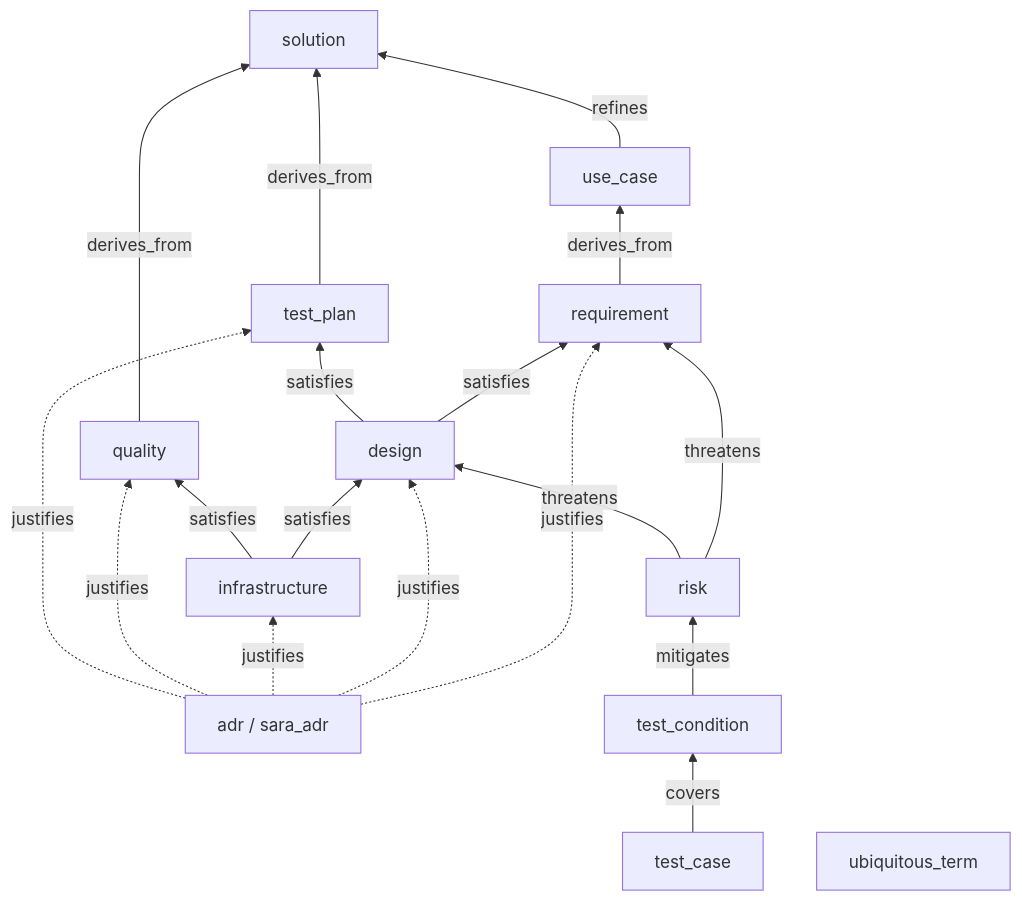
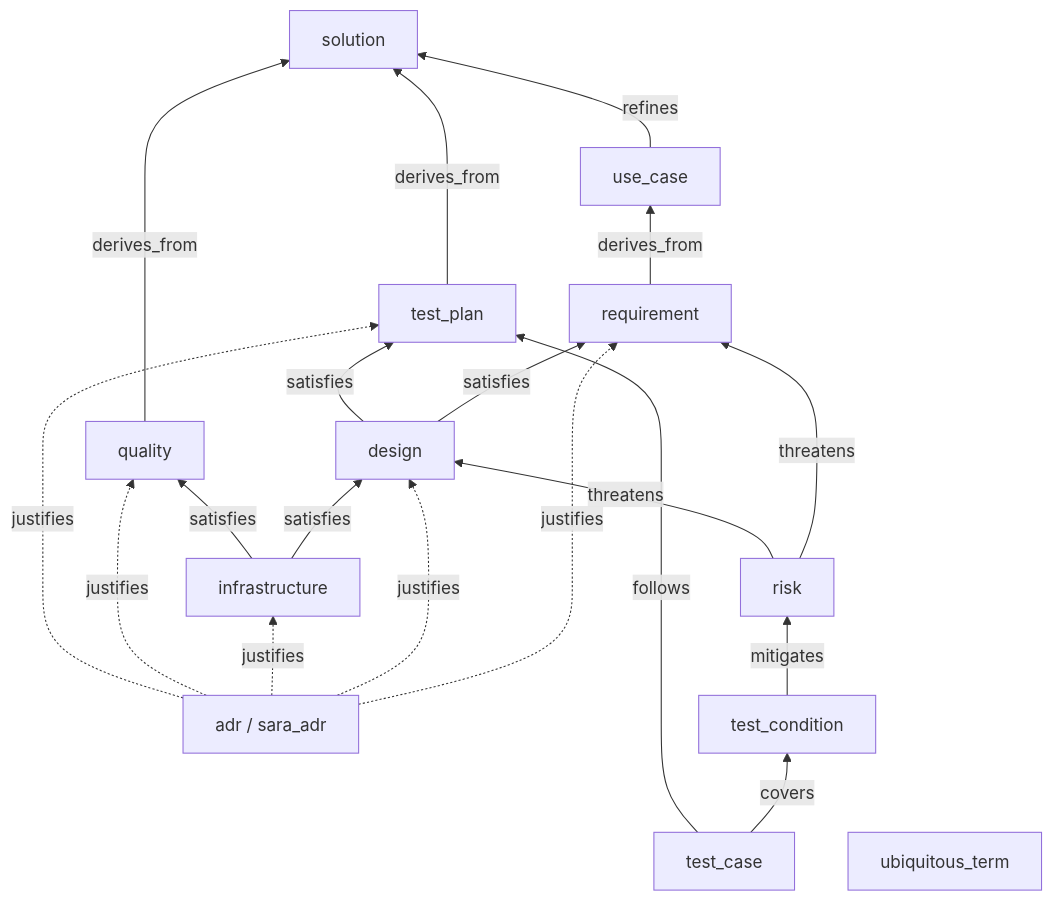
The first of 2 diagrams in docs/agents/sara-graph.md (yasunori0418/layat), drawn with Mermaid before and after one commit. The commit also changed other lines of this file and 4 other files, not shown here.

Commit message:
docs: 型表・図・手順に follows と risk_exempt を反映する

````diff
--- a/docs/agents/sara-graph.md
+++ b/docs/agents/sara-graph.md
@@ -14,33 +14,34 @@
 ```mermaid
 flowchart BT
     SOL[solution]
     UC[use_case]
     REQ[requirement]
     DSG[design]
     QA[quality]
     TP[test_plan]
     INF[infrastructure]
     ADR["adr / sara_adr"]
     RISK[risk]
     TC[test_condition]
     CASE[test_case]
     UBQ[ubiquitous_term]
 
     UC -->|refines| SOL
     REQ -->|derives_from| UC
     DSG -->|satisfies| REQ
     DSG -->|satisfies| TP
     QA -->|derives_from| SOL
     TP -->|derives_from| SOL
     INF -->|satisfies| DSG
     INF -->|satisfies| QA
     RISK -->|threatens| REQ
     RISK -->|threatens| DSG
     TC -->|mitigates| RISK
     CASE -->|covers| TC
+    CASE -->|follows| TP
     ADR -.->|justifies| REQ
     ADR -.->|justifies| DSG
     ADR -.->|justifies| INF
     ADR -.->|justifies| QA
     ADR -.->|justifies| TP
 ```
````
